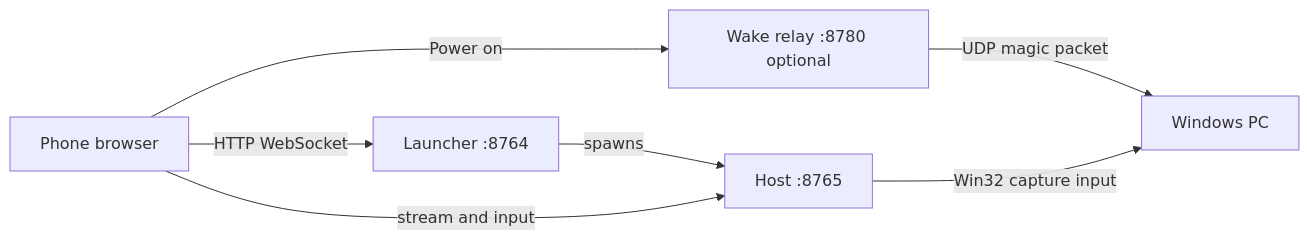
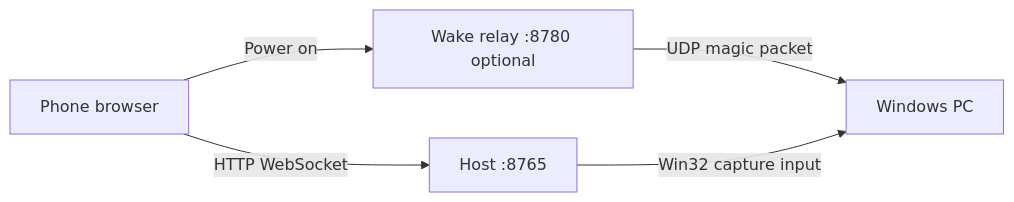
The first of 2 diagrams in README.md (PearceMullins/pc-phone-link), drawn with Mermaid before and after one commit. The commit also changed other lines of this file and 44 other files, not shown here.

````diff
--- a/README.md
+++ b/README.md
@@ -96,13 +96,10 @@
 ```mermaid
 flowchart LR
   Phone[Phone browser]
-  Launcher[Launcher :8764]
   Host[Host :8765]
   WakeRelay[Wake relay :8780 optional]
-  Phone -->|HTTP WebSocket| Launcher
-  Launcher -->|spawns| Host
+  Phone -->|HTTP WebSocket| Host
   Phone -->|Power on| WakeRelay
   WakeRelay -->|UDP magic packet| PC[Windows PC]
-  Phone -->|stream and input| Host
   Host -->|Win32 capture input| PC
 ```
````
